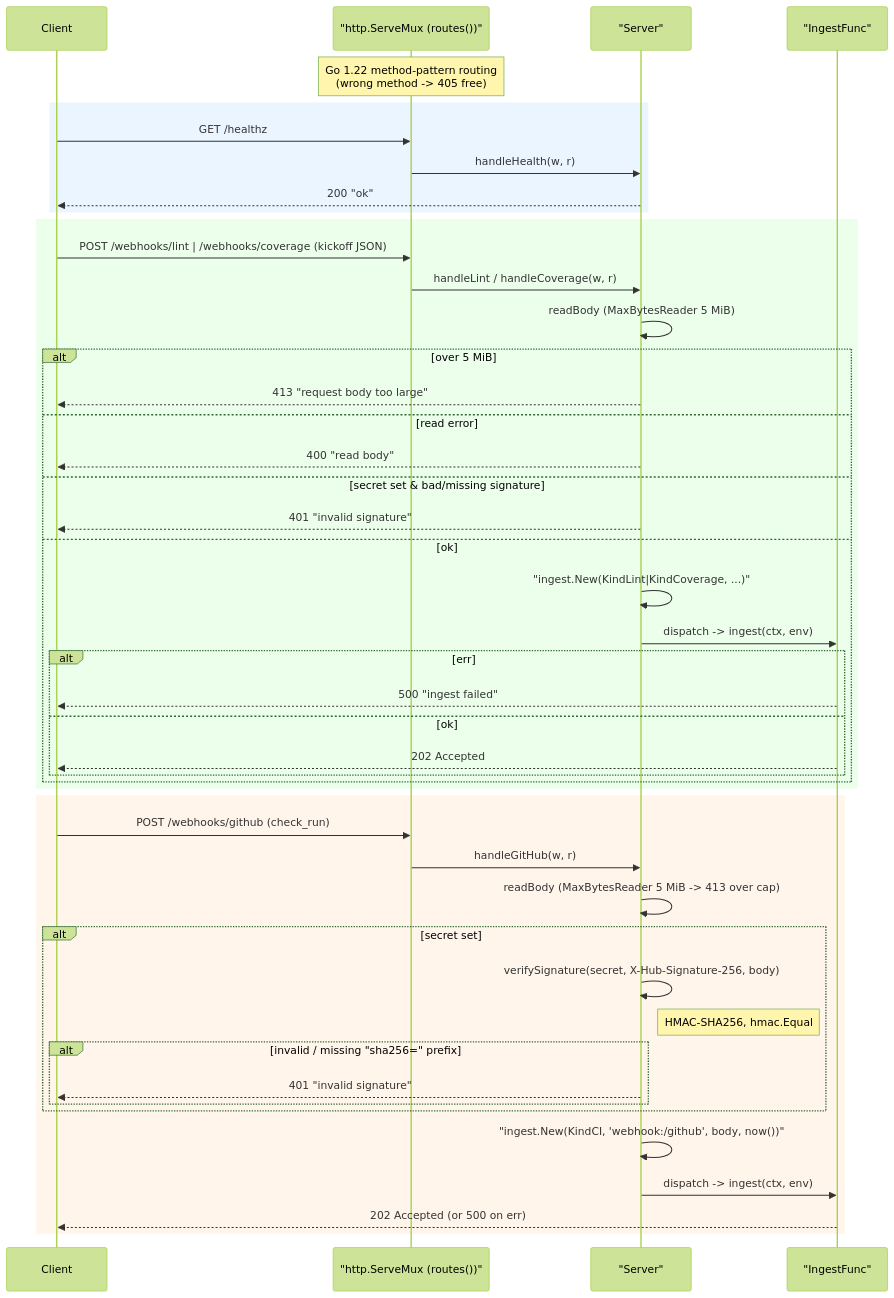
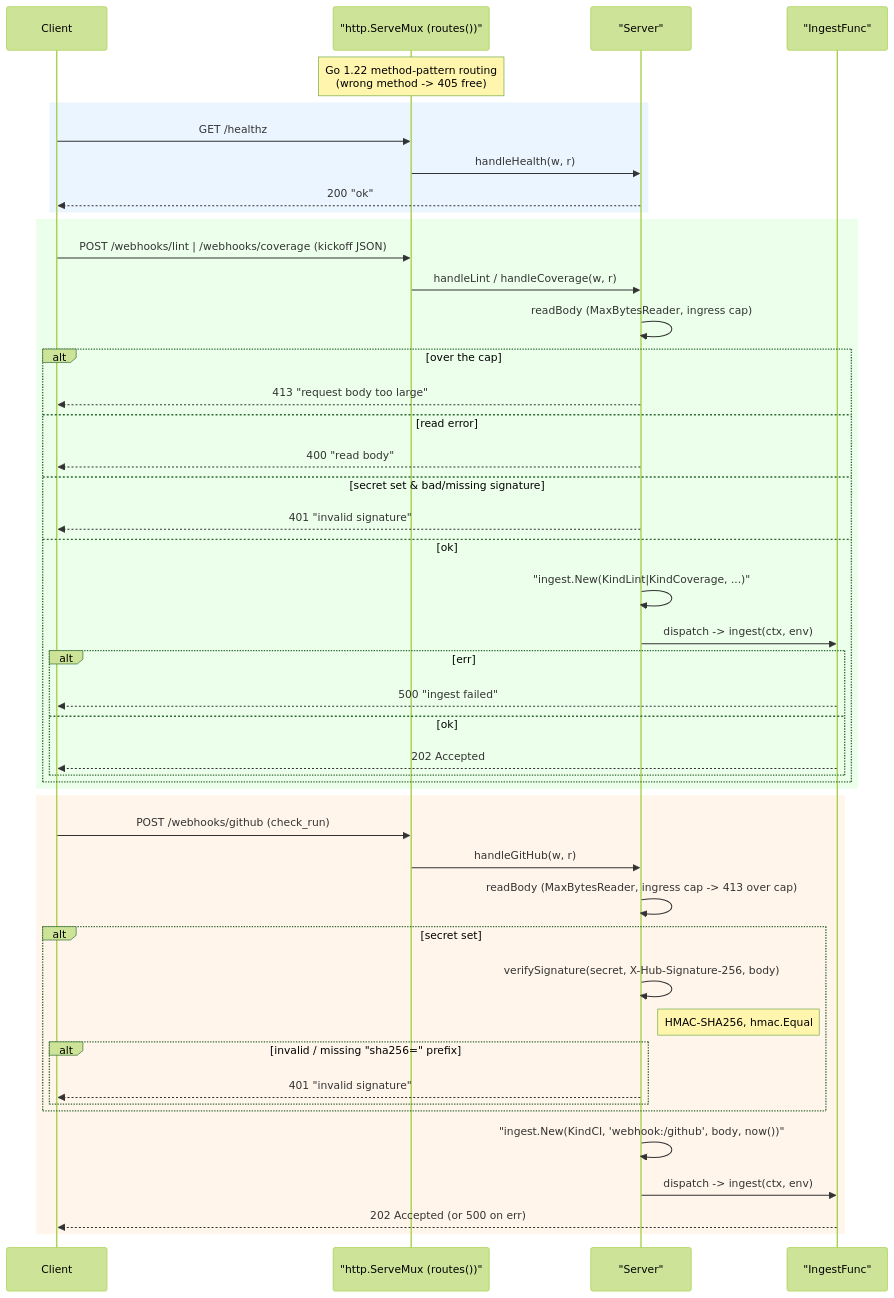
One commit to jkjamies/automation-agent changed the diagram in okf/modules/platform/webhook.md. Above: the diagram before and after it, drawn with Mermaid (forest theme). The commit also changed other lines of this file and 19 other files, not shown here.

First line of the commit message:
Make failed fix runs visible and repeated applies safe; align the ingress body cap (#56)

````diff
--- a/okf/modules/platform/webhook.md
+++ b/okf/modules/platform/webhook.md
@@ -25,52 +25,52 @@
 ```mermaid
 sequenceDiagram
     participant Client
     participant Mux as "http.ServeMux (routes())"
     participant Srv as "Server"
     participant Ingest as "IngestFunc"
 
     Note over Mux: Go 1.22 method-pattern routing<br/>(wrong method -> 405 free)
 
     rect rgb(235,245,255)
     Client->>Mux: GET /healthz
     Mux->>Srv: handleHealth(w, r)
     Srv-->>Client: 200 "ok"
     end
 
     rect rgb(235,255,235)
     Client->>Mux: POST /webhooks/lint | /webhooks/coverage (kickoff JSON)
     Mux->>Srv: handleLint / handleCoverage(w, r)
-    Srv->>Srv: readBody (MaxBytesReader 5 MiB)
-    alt over 5 MiB
+    Srv->>Srv: readBody (MaxBytesReader, ingress cap)
+    alt over the cap
         Srv-->>Client: 413 "request body too large"
     else read error
         Srv-->>Client: 400 "read body"
     else secret set & bad/missing signature
         Srv-->>Client: 401 "invalid signature"
     else ok
         Srv->>Srv: "ingest.New(KindLint|KindCoverage, ...)"
         Srv->>Ingest: dispatch -> ingest(ctx, env)
         alt err
             Ingest-->>Client: 500 "ingest failed"
         else ok
             Ingest-->>Client: 202 Accepted
         end
     end
     end
 
     rect rgb(255,245,235)
     Client->>Mux: POST /webhooks/github (check_run)
     Mux->>Srv: handleGitHub(w, r)
-    Srv->>Srv: readBody (MaxBytesReader 5 MiB -> 413 over cap)
+    Srv->>Srv: readBody (MaxBytesReader, ingress cap -> 413 over cap)
     alt secret set
         Srv->>Srv: verifySignature(secret, X-Hub-Signature-256, body)
         Note right of Srv: HMAC-SHA256, hmac.Equal
         alt invalid / missing "sha256=" prefix
             Srv-->>Client: 401 "invalid signature"
         end
     end
     Srv->>Srv: "ingest.New(KindCI, 'webhook:/github', body, now())"
     Srv->>Ingest: dispatch -> ingest(ctx, env)
     Ingest-->>Client: 202 Accepted (or 500 on err)
     end
 ```
````
